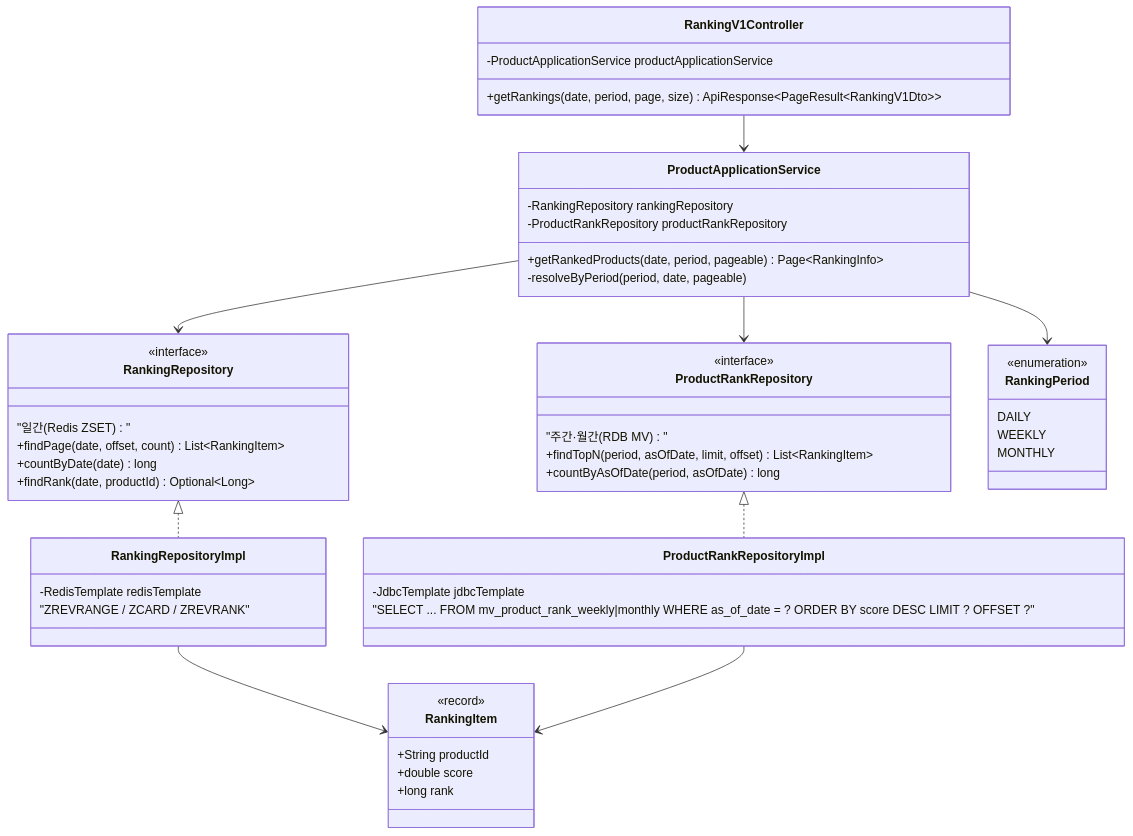
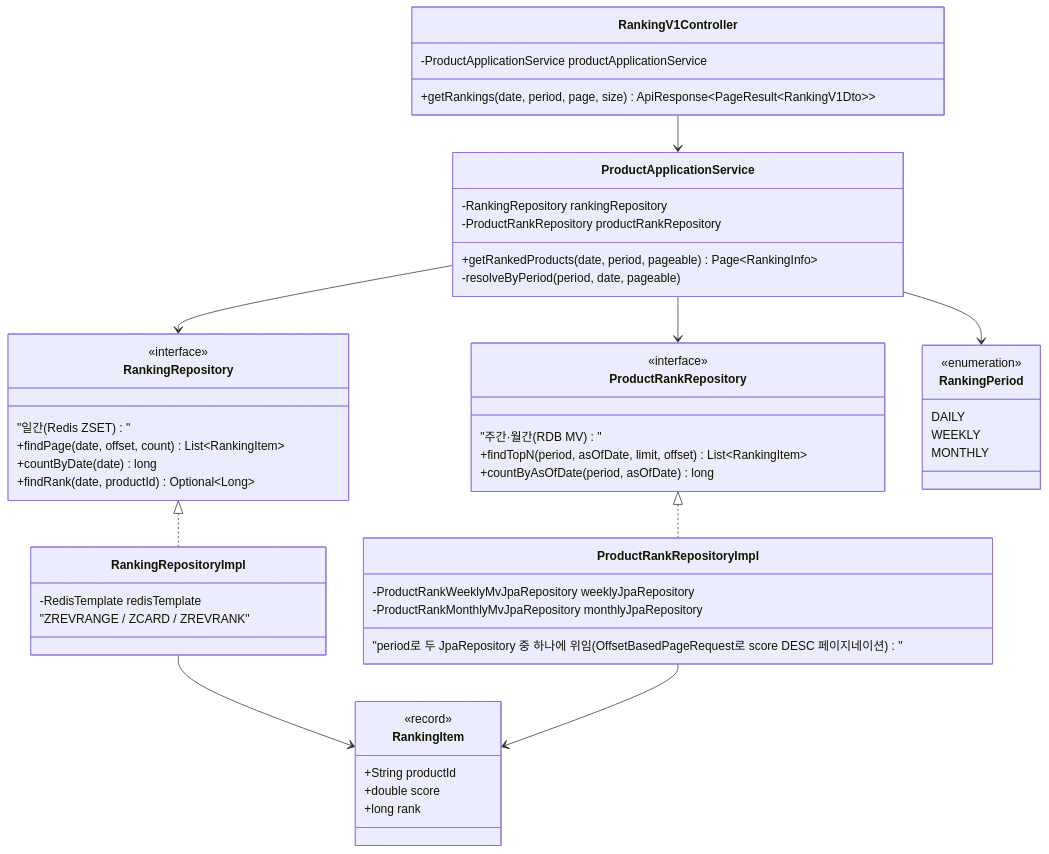
One commit to Hangju0610/loop-pack-be-l2-vol4-java changed the fourth of 4 diagrams in docs/domain/ranking_mv_batch/02-diagrams.md. Above: the diagram before and after it, drawn with Mermaid. The commit also changed 31 other files, not shown here.

First line of the commit message:
feat(ranking): implement weekly/monthly ranking MV batch and query path (Slice 3-7)

````diff
--- a/docs/domain/ranking_mv_batch/02-diagrams.md
+++ b/docs/domain/ranking_mv_batch/02-diagrams.md
@@ -213,60 +213,61 @@
 ```mermaid
 classDiagram
     class RankingV1Controller {
         -ProductApplicationService productApplicationService
         +getRankings(date, period, page, size) ApiResponse~PageResult~RankingV1Dto~~
     }
 
     class ProductApplicationService {
         -RankingRepository rankingRepository
         -ProductRankRepository productRankRepository
         +getRankedProducts(date, period, pageable) Page~RankingInfo~
         -resolveByPeriod(period, date, pageable)
     }
 
     class RankingRepository {
         <<interface>>
         "일간 (Redis ZSET)"
         +findPage(date, offset, count) List~RankingItem~
         +countByDate(date) long
         +findRank(date, productId) Optional~Long~
     }
     class RankingRepositoryImpl {
         -RedisTemplate redisTemplate
         "ZREVRANGE / ZCARD / ZREVRANK"
     }
 
     class ProductRankRepository {
         <<interface>>
         "주간·월간 (RDB MV)"
         +findTopN(period, asOfDate, limit, offset) List~RankingItem~
         +countByAsOfDate(period, asOfDate) long
     }
     class ProductRankRepositoryImpl {
-        -JdbcTemplate jdbcTemplate
-        "SELECT ... FROM mv_product_rank_weekly|monthly WHERE as_of_date = ? ORDER BY score DESC LIMIT ? OFFSET ?"
+        -ProductRankWeeklyMvJpaRepository weeklyJpaRepository
+        -ProductRankMonthlyMvJpaRepository monthlyJpaRepository
+        "period로 두 JpaRepository 중 하나에 위임 (OffsetBasedPageRequest로 score DESC 페이지네이션)"
     }
 
     class RankingPeriod {
         <<enumeration>>
         DAILY
         WEEKLY
         MONTHLY
     }
 
     class RankingItem {
         <<record>>
         +String productId
         +double score
         +long rank
     }
 
     RankingV1Controller --> ProductApplicationService
     ProductApplicationService --> RankingRepository
     ProductApplicationService --> ProductRankRepository
     ProductApplicationService --> RankingPeriod
     RankingRepository <|.. RankingRepositoryImpl
     ProductRankRepository <|.. ProductRankRepositoryImpl
     RankingRepositoryImpl --> RankingItem
     ProductRankRepositoryImpl --> RankingItem
 ```
````
